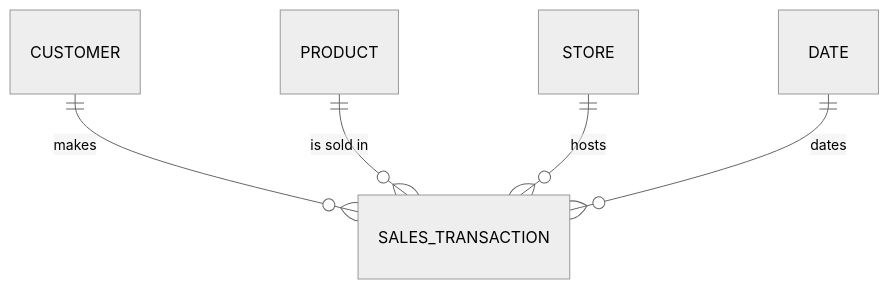
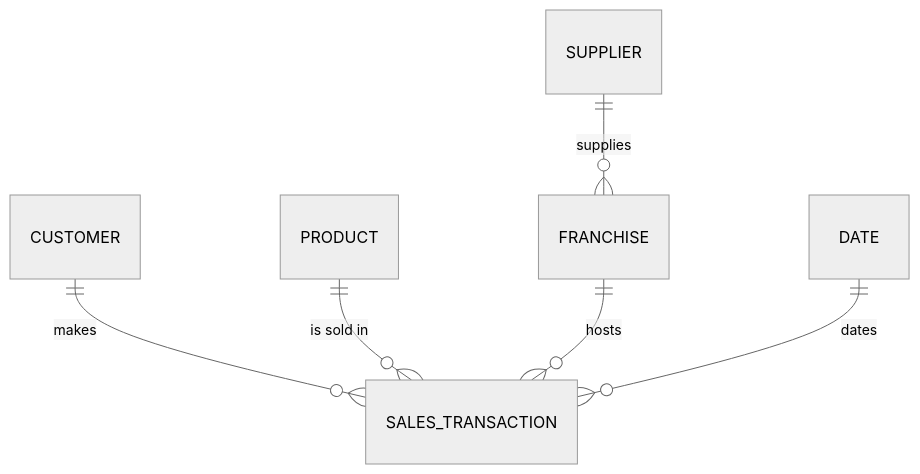
One commit to marcinkostkiewiczlingaro/dbx_meetup_demo changed the diagram in docs/ontology/link-types.md. Above: the diagram before and after it, drawn with Mermaid (neutral theme). The commit also changed other lines of this file and 43 other files, not shown here.

````diff
--- a/docs/ontology/link-types.md
+++ b/docs/ontology/link-types.md
@@ -6,7 +6,8 @@
 ```mermaid
 erDiagram
-  CUSTOMER ||--o{ SALES_TRANSACTION : "makes"
-  PRODUCT  ||--o{ SALES_TRANSACTION : "is sold in"
-  STORE    ||--o{ SALES_TRANSACTION : "hosts"
-  DATE     ||--o{ SALES_TRANSACTION : "dates"
+  CUSTOMER  ||--o{ SALES_TRANSACTION : "makes"
+  PRODUCT   ||--o{ SALES_TRANSACTION : "is sold in"
+  FRANCHISE ||--o{ SALES_TRANSACTION : "hosts"
+  DATE      ||--o{ SALES_TRANSACTION : "dates"
+  SUPPLIER  ||--o{ FRANCHISE         : "supplies"
 ```
````
